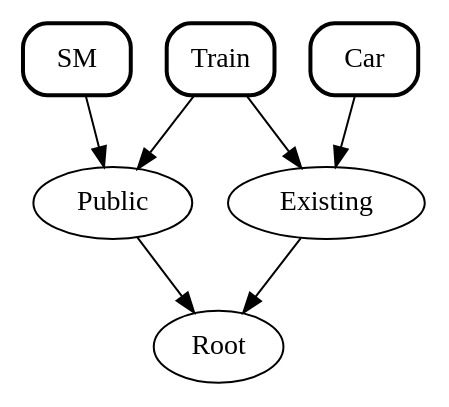
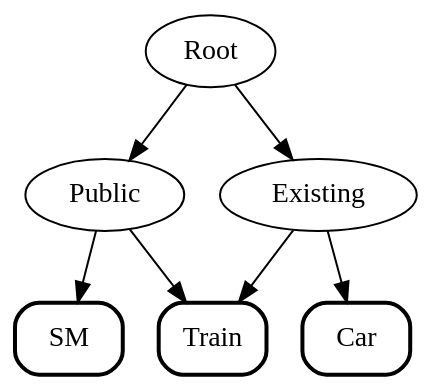
The diagram in doc/example/111_cnl.rst (jpn--/larch), drawn with Graphviz before and after one commit. The commit also changed other lines of this file and 156 other files, not shown here.

```diff
--- a/doc/example/111_cnl.rst
+++ b/doc/example/111_cnl.rst
@@ -60,14 +60,15 @@
-.. digraph:: Desired Nesting Structure
+.. digraph:: Desired_Nesting_Structure
 
+	bgcolor="transparent"
 	root [label="Root", shape="oval"]
 	train [label="Train", shape=box, style="rounded", penwidth=2]
 	sm [label="SM", shape=box, style="rounded", penwidth=2]
 	car [label="Car", shape=box, style="rounded", penwidth=2]
 	public [label="Public", shape=oval]
 	exist [label="Existing", shape=oval]
-	train -> exist
-	train -> public
-	sm -> public
-	car -> exist
-	exist -> root
-	public -> root
+	exist -> train
+	public -> train
+	public -> sm
+	exist -> car
+	root -> exist
+	root -> public
```
